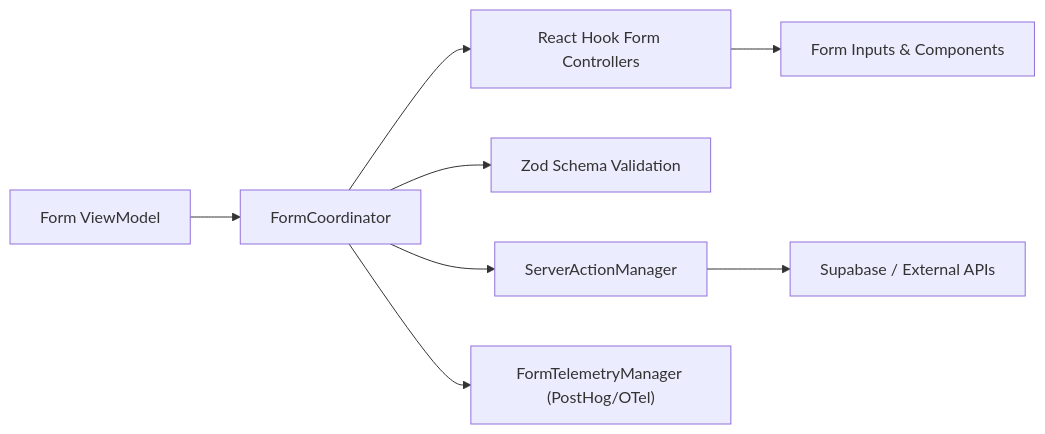
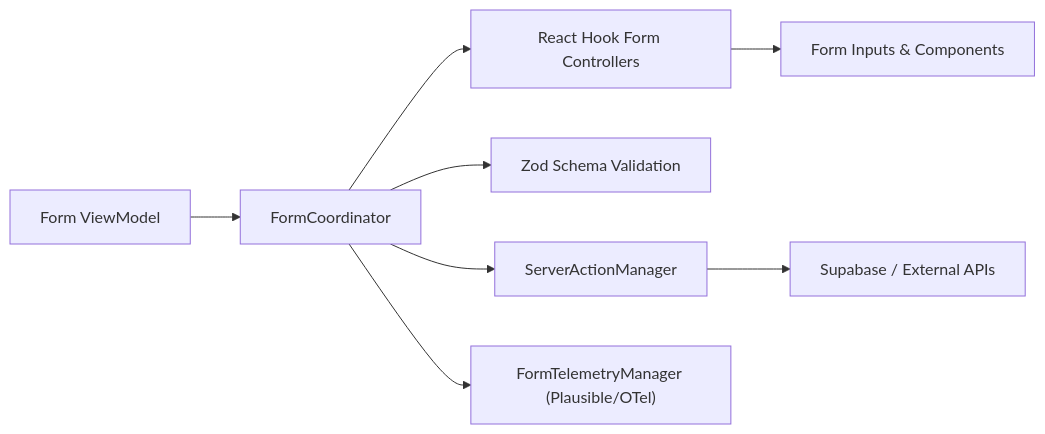
Before and after one commit to marcelkenner/clarivum: the diagram in docs/diagrams/adr-020-form-engine/architecture-overview.mmd, drawn with Mermaid. The commit also changed 64 other files, not shown here.

````diff
--- a/docs/diagrams/adr-020-form-engine/architecture-overview.mmd
+++ b/docs/diagrams/adr-020-form-engine/architecture-overview.mmd
@@ -1,10 +1,10 @@
 ```mermaid
 flowchart LR
     ViewModelForm["Form ViewModel"] --> FormCoordinator["FormCoordinator"]
     FormCoordinator --> RHF["React Hook Form Controllers"]
     RHF --> Inputs["Form Inputs & Components"]
     FormCoordinator --> Validation["Zod Schema Validation"]
     FormCoordinator --> ServerAction["ServerActionManager"]
     ServerAction --> APIs["Supabase / External APIs"]
-    FormCoordinator --> Telemetry["FormTelemetryManager (PostHog/OTel)"]
+    FormCoordinator --> Telemetry["FormTelemetryManager (Plausible/OTel)"]
 ```
````
